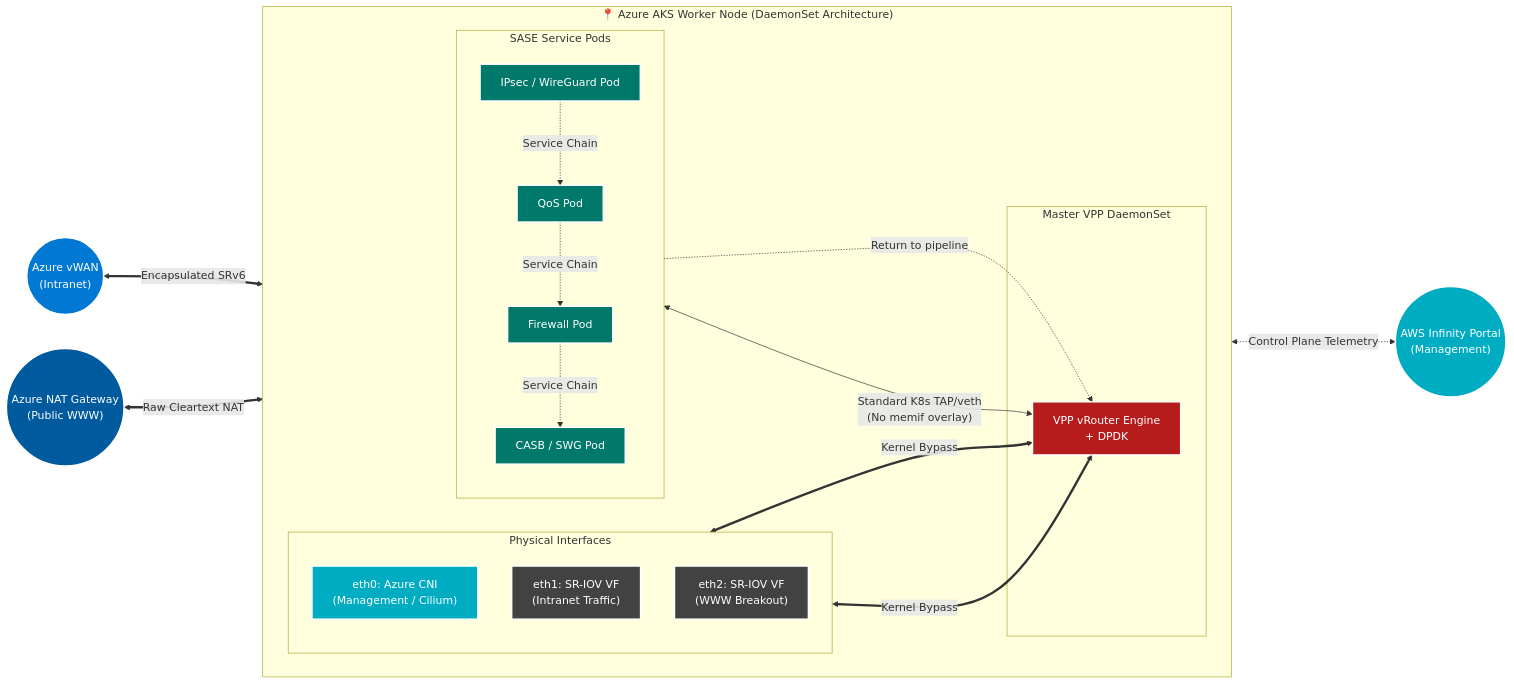
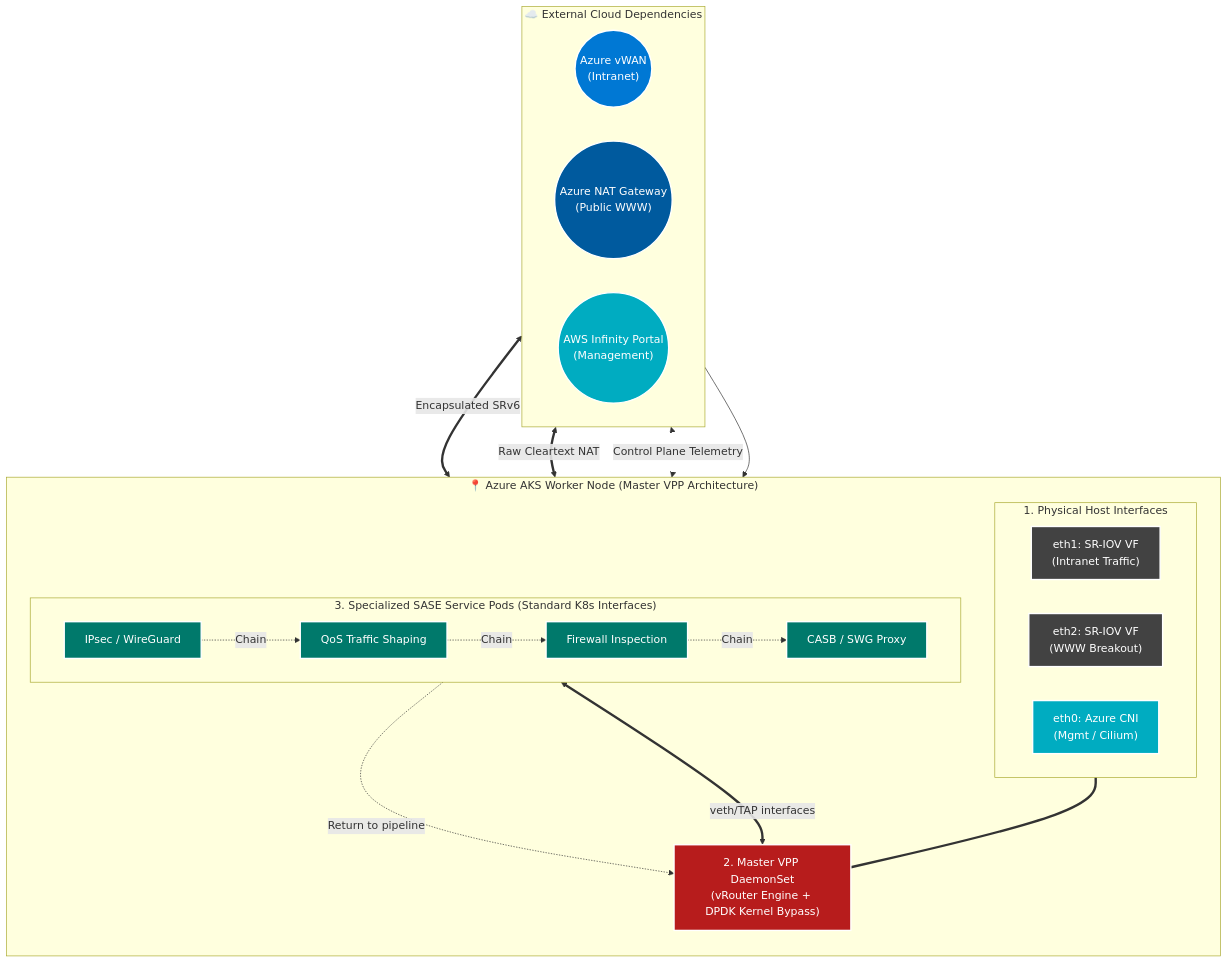
Before and after one commit to roie9876/SASE: the second of 2 diagrams in checkpoint_aks_sase.md, drawn with Mermaid.

Commit message:
docs: reformat zoom-in architecture perfectly square for proper github UI rendering

````diff
--- a/checkpoint_aks_sase.md
+++ b/checkpoint_aks_sase.md
@@ -74,52 +74,54 @@
 ```mermaid
-flowchart LR
+flowchart TD
     %% Styling
     classDef azure fill:#0078D4,stroke:#fff,stroke-width:2px,color:#fff
     classDef vpp fill:#B71C1C,stroke:#fff,stroke-width:2px,color:#fff
     classDef pod fill:#00796B,stroke:#fff,stroke-width:2px,color:#fff
     classDef hw fill:#424242,stroke:#fff,stroke-width:2px,color:#fff
     classDef mgmt fill:#00ACC1,stroke:#fff,stroke-width:2px,color:#fff
     classDef net fill:#005A9E,stroke:#fff,stroke-width:2px,color:#fff
 
-    vWAN(("Azure vWAN<br/>(Intranet)")):::azure
-    NAT(("Azure NAT Gateway<br/>(Public WWW)")):::net
-    Infinity(("AWS Infinity Portal<br/>(Management)")):::mgmt
+    subgraph External [" ☁️ External Cloud Dependencies "]
+        direction LR
+        vWAN(("Azure vWAN<br/>(Intranet)")):::azure
+        NAT(("Azure NAT Gateway<br/>(Public WWW)")):::net
+        Infinity(("AWS Infinity Portal<br/>(Management)")):::mgmt
+    end
 
-    subgraph RegionA [" 📍 Azure AKS Worker Node (DaemonSet Architecture) "]
-        direction LR
+    subgraph RegionA [" 📍 Azure AKS Worker Node (Master VPP Architecture) "]
+        direction TD
         
-        subgraph NICs [" Physical Interfaces "]
-            direction TB
-            eth0["eth0: Azure CNI<br/>(Management / Cilium)"]:::mgmt
+        subgraph NICs [" 1. Physical Host Interfaces "]
+            direction LR
             eth1["eth1: SR-IOV VF<br/>(Intranet Traffic)"]:::hw
             eth2["eth2: SR-IOV VF<br/>(WWW Breakout)"]:::hw
+            eth0["eth0: Azure CNI<br/>(Mgmt / Cilium)"]:::mgmt
         end
 
-        subgraph VPP_DS [" Master VPP DaemonSet "]
-            VPP["VPP vRouter Engine<br/>+ DPDK"]:::vpp
+        VPP["2. Master VPP DaemonSet<br/>(vRouter Engine + DPDK Kernel Bypass)"]:::vpp
+
+        subgraph ServiceChain [" 3. Specialized SASE Service Pods (Standard K8s Interfaces) "]
+            direction LR
+            IPsec["IPsec / WireGuard"]:::pod
+            QoS["QoS Traffic Shaping"]:::pod
+            FW["Firewall Inspection"]:::pod
+            CASB["CASB / SWG Proxy"]:::pod
+            
+            IPsec -.->|"Chain"| QoS -.->|"Chain"| FW -.->|"Chain"| CASB
         end
-
-        subgraph ServiceChain [" SASE Service Pods "]
-            direction TB
-            IPsec["IPsec / WireGuard Pod"]:::pod
-            QoS["QoS Pod"]:::pod
-            FW["Firewall Pod"]:::pod
-            CASB["CASB / SWG Pod"]:::pod
-        end
-
-        %% Internal Links
-        eth1 <==>|"Kernel Bypass"| VPP
-        eth2 <==>|"Kernel Bypass"| VPP
         
-        VPP <-->|"Standard K8s TAP/veth<br/>(No memif overlay)"| IPsec
-        IPsec -. "Service Chain" .-> QoS
-        QoS -. "Service Chain" .-> FW
-        FW -. "Service Chain" .-> CASB
-        CASB -. "Return to pipeline" .-> VPP
+        %% Internal Links Bottom-Up / Top-Down
+        NICs === VPP
+        VPP <==>|"veth/TAP interfaces"| IPsec
+        CASB -.->|"Return to pipeline"| VPP
     end
     
-    %% External Links
+    %% External Links (Connecting the structural blocks)
     vWAN <==>|"Encapsulated SRv6"| eth1
     NAT <==>|"Raw Cleartext NAT"| eth2
-    eth0 <.->|"Control Plane Telemetry"| Infinity
+    Infinity <.->|"Control Plane Telemetry"| eth0
+
+    %% Provide order for clean rendering
+    External --> RegionA
+    linkStyle 8 stroke-width:0px;
 ```
````
